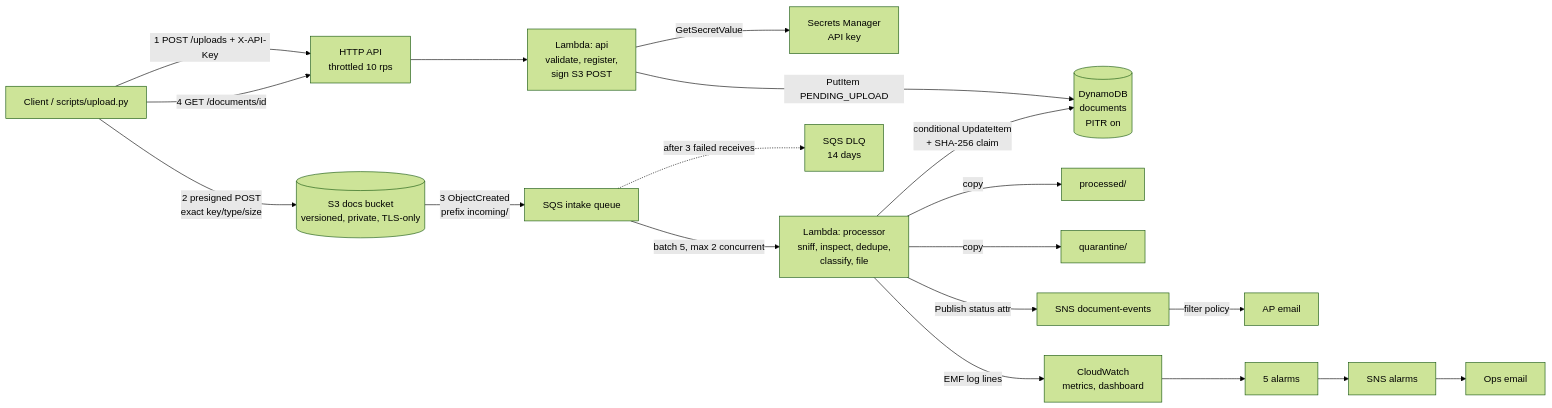
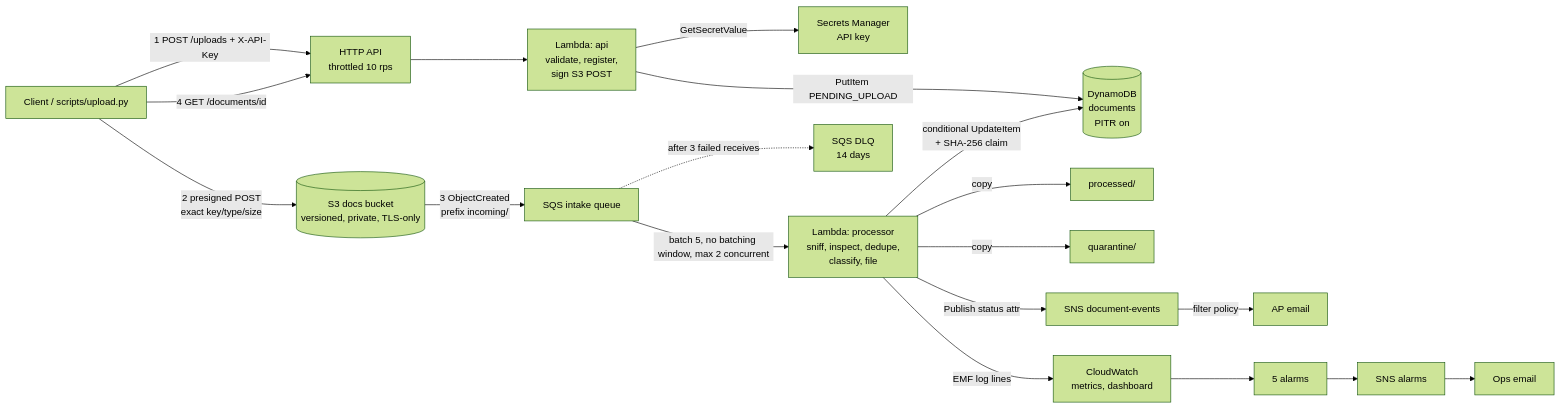
Before and after one commit to PedJay/ArrowStack_Internship2_Serverless_Document_Workflow: the first of 3 diagrams in docs/architecture.md, drawn with Mermaid (forest theme). The commit also changed 7 other files, not shown here.

````diff
--- a/docs/architecture.md
+++ b/docs/architecture.md
@@ -5,18 +5,18 @@
 ```mermaid
 flowchart LR
     C[Client / scripts/upload.py] -->|1 POST /uploads + X-API-Key| API[HTTP API<br/>throttled 10 rps]
     API --> AF[Lambda: api<br/>validate, register,<br/>sign S3 POST]
     AF -->|PutItem PENDING_UPLOAD| DDB[(DynamoDB<br/>documents<br/>PITR on)]
     AF -->|GetSecretValue| SM[Secrets Manager<br/>API key]
     C -->|2 presigned POST<br/>exact key/type/size| S3[(S3 docs bucket<br/>versioned, private, TLS-only)]
     S3 -->|3 ObjectCreated<br/>prefix incoming/| Q[SQS intake queue]
-    Q -->|batch 5, max 2 concurrent| PF[Lambda: processor<br/>sniff, inspect, dedupe,<br/>classify, file]
+    Q -->|batch 5, no batching window, max 2 concurrent| PF[Lambda: processor<br/>sniff, inspect, dedupe,<br/>classify, file]
     Q -.->|after 3 failed receives| DLQ[SQS DLQ<br/>14 days]
     PF -->|copy| P[processed/]
     PF -->|copy| QZ[quarantine/]
     PF -->|conditional UpdateItem<br/>+ SHA-256 claim| DDB
     PF -->|Publish status attr| SNS[SNS document-events] -->|filter policy| E[AP email]
     PF -->|EMF log lines| CW[CloudWatch<br/>metrics, dashboard]
     CW --> AL[5 alarms] --> SNS2[SNS alarms] --> E2[Ops email]
     C -->|4 GET /documents/id| API
 ```
````
